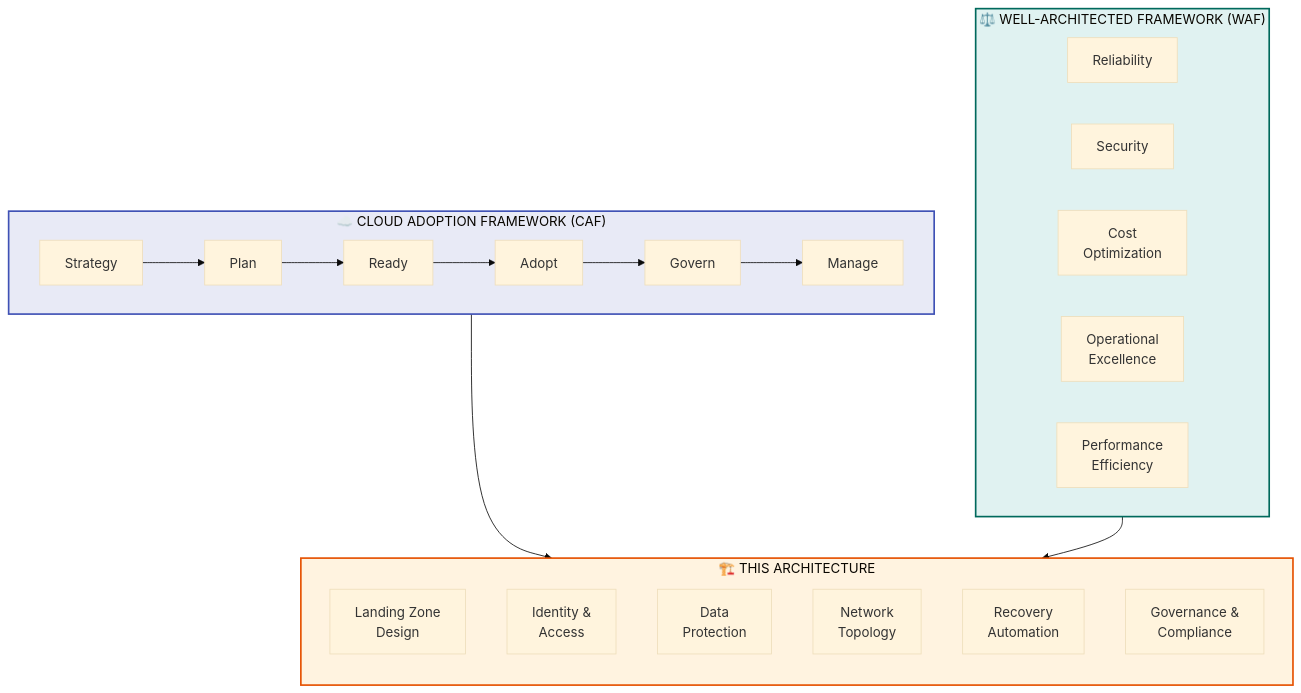
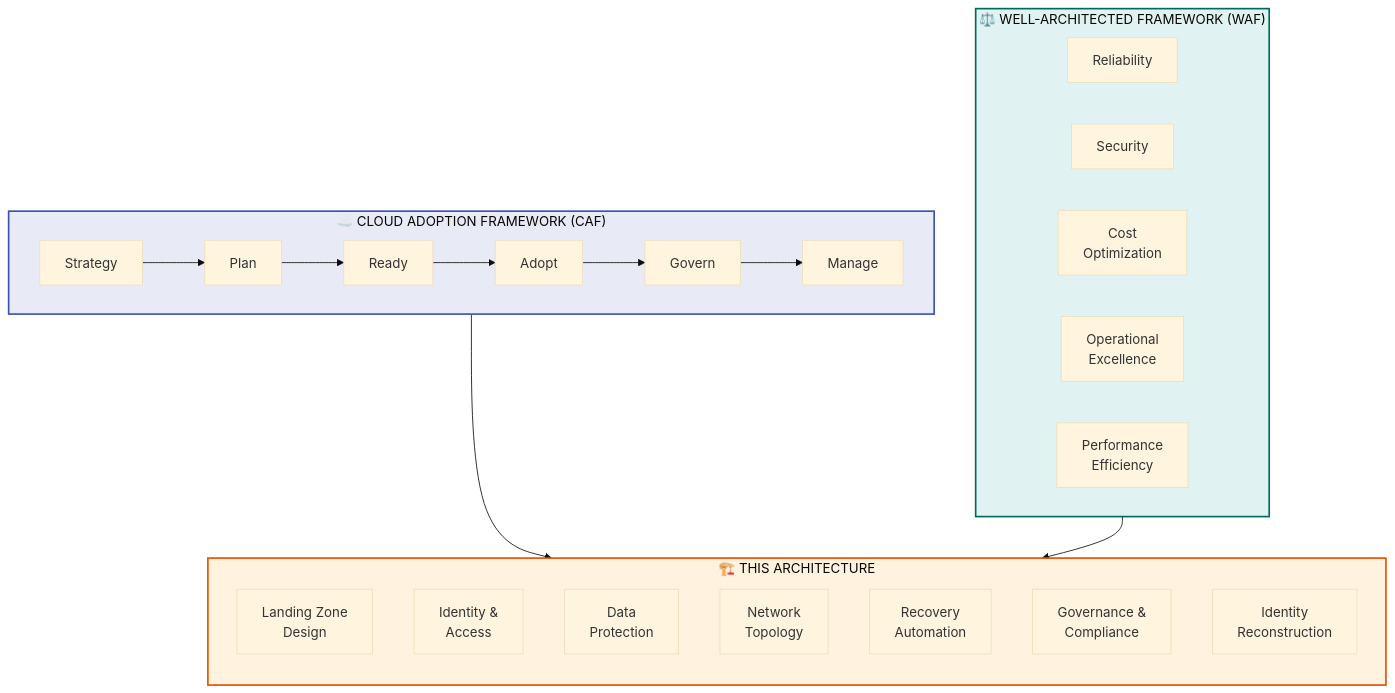
One commit to shaleen-wonder-ent/user-guides changed the first of 17 diagrams in Azure_Entra_Level_Resiliency_architecture.md. Above: the diagram before and after it, drawn with Mermaid (base theme). The commit also changed other lines of this file, not shown here.

````diff
--- a/Azure_Entra_Level_Resiliency_architecture.md
+++ b/Azure_Entra_Level_Resiliency_architecture.md
@@ -77,39 +90,40 @@
 ```mermaid
 graph TB
     subgraph CAF["☁️ CLOUD ADOPTION FRAMEWORK (CAF)"]
         direction LR
         CAF_S["Strategy"]
         CAF_P["Plan"]
         CAF_R["Ready"]
         CAF_A["Adopt"]
         CAF_G["Govern"]
         CAF_M["Manage"]
         CAF_S --> CAF_P --> CAF_R --> CAF_A --> CAF_G --> CAF_M
     end
 
     subgraph WAF["⚖️ WELL-ARCHITECTED FRAMEWORK (WAF)"]
         direction LR
         WAF_R["Reliability"]
         WAF_S["Security"]
         WAF_C["Cost<br/>Optimization"]
         WAF_O["Operational<br/>Excellence"]
         WAF_P["Performance<br/>Efficiency"]
     end
 
     subgraph ARCH["🏗️ THIS ARCHITECTURE"]
         direction TB
         A1["Landing Zone<br/>Design"]
         A2["Identity &<br/>Access"]
         A3["Data<br/>Protection"]
         A4["Network<br/>Topology"]
         A5["Recovery<br/>Automation"]
         A6["Governance &<br/>Compliance"]
+        A7["Identity<br/>Reconstruction"]
     end
 
     CAF --> ARCH
     WAF --> ARCH
 
     style CAF fill:#e8eaf6,stroke:#3f51b5,stroke-width:2px
     style WAF fill:#e0f2f1,stroke:#00695c,stroke-width:2px
     style ARCH fill:#fff3e0,stroke:#e65100,stroke-width:2px
 ```
````
